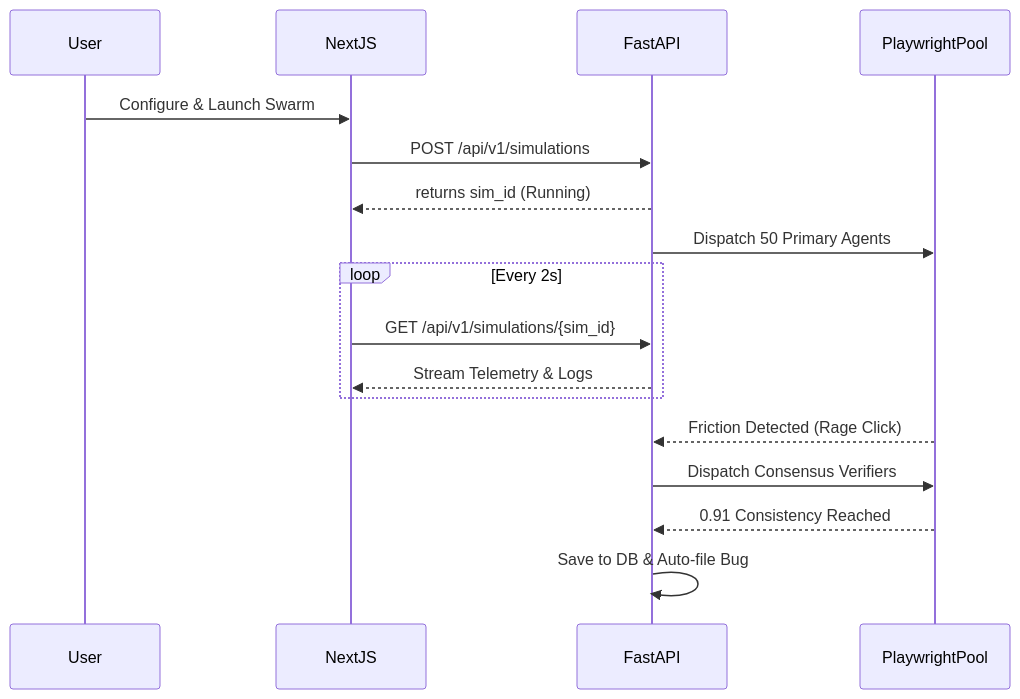
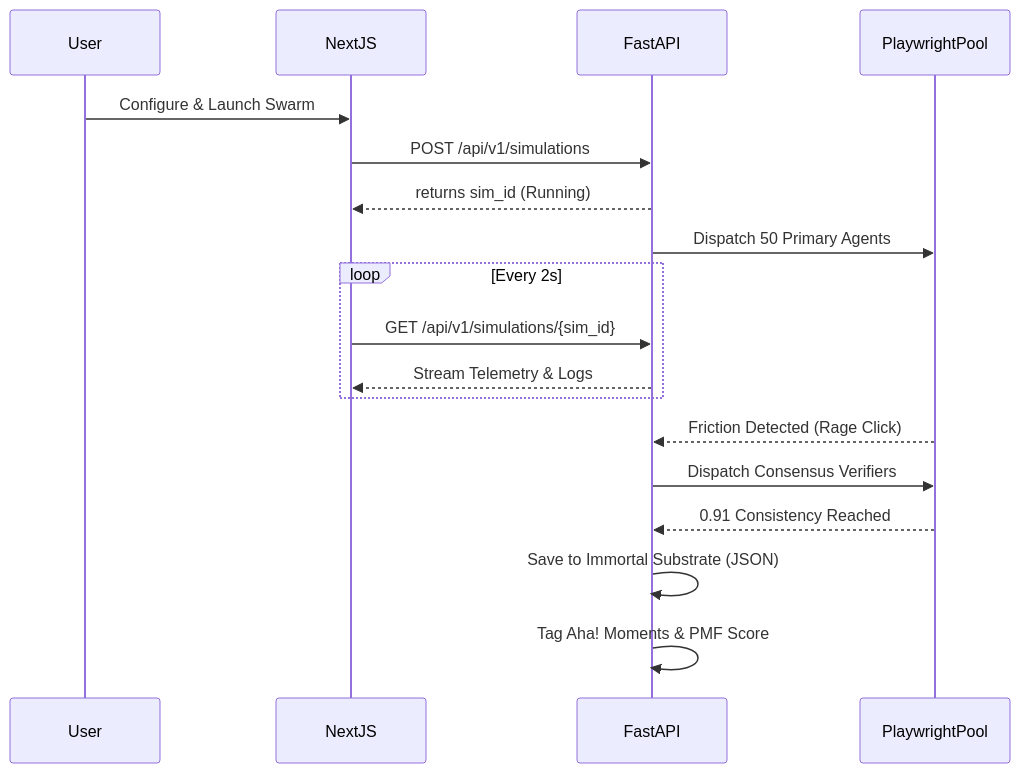
Before and after one commit to vkworkofficial/phantom-ai-landing: the diagram in docs/architecture.md, drawn with Mermaid. The commit also changed other lines of this file and 58 other files, not shown here.

````diff
--- a/docs/architecture.md
+++ b/docs/architecture.md
@@ -28,20 +32,21 @@
 ```mermaid
 sequenceDiagram
     participant User
     participant NextJS
     participant FastAPI
     participant PlaywrightPool
     
     User->>NextJS: Configure & Launch Swarm
     NextJS->>FastAPI: POST /api/v1/simulations
     FastAPI-->>NextJS: returns sim_id (Running)
     FastAPI->>PlaywrightPool: Dispatch 50 Primary Agents
     loop Every 2s
         NextJS->>FastAPI: GET /api/v1/simulations/{sim_id}
         FastAPI-->>NextJS: Stream Telemetry & Logs
     end
     PlaywrightPool-->>FastAPI: Friction Detected (Rage Click)
     FastAPI->>PlaywrightPool: Dispatch Consensus Verifiers
     PlaywrightPool-->>FastAPI: 0.91 Consistency Reached
-    FastAPI->>FastAPI: Save to DB & Auto-file Bug
+    FastAPI->>FastAPI: Save to Immortal Substrate (JSON)
+    FastAPI->>FastAPI: Tag Aha! Moments & PMF Score
 ```
````
